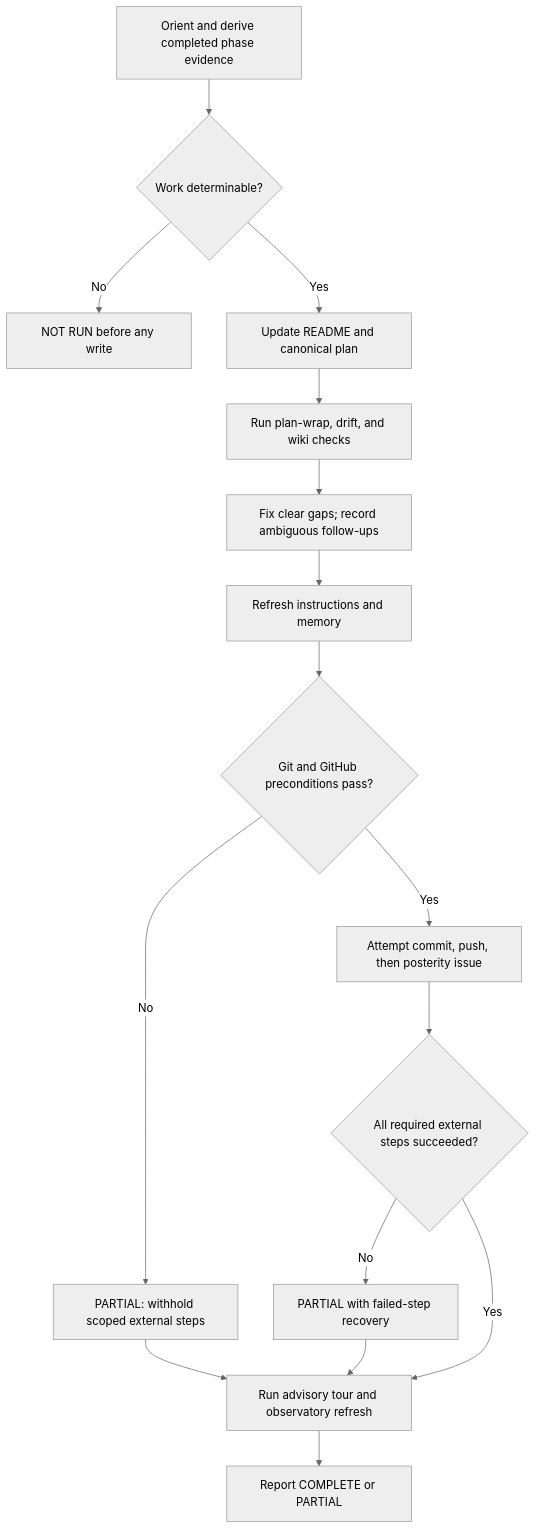
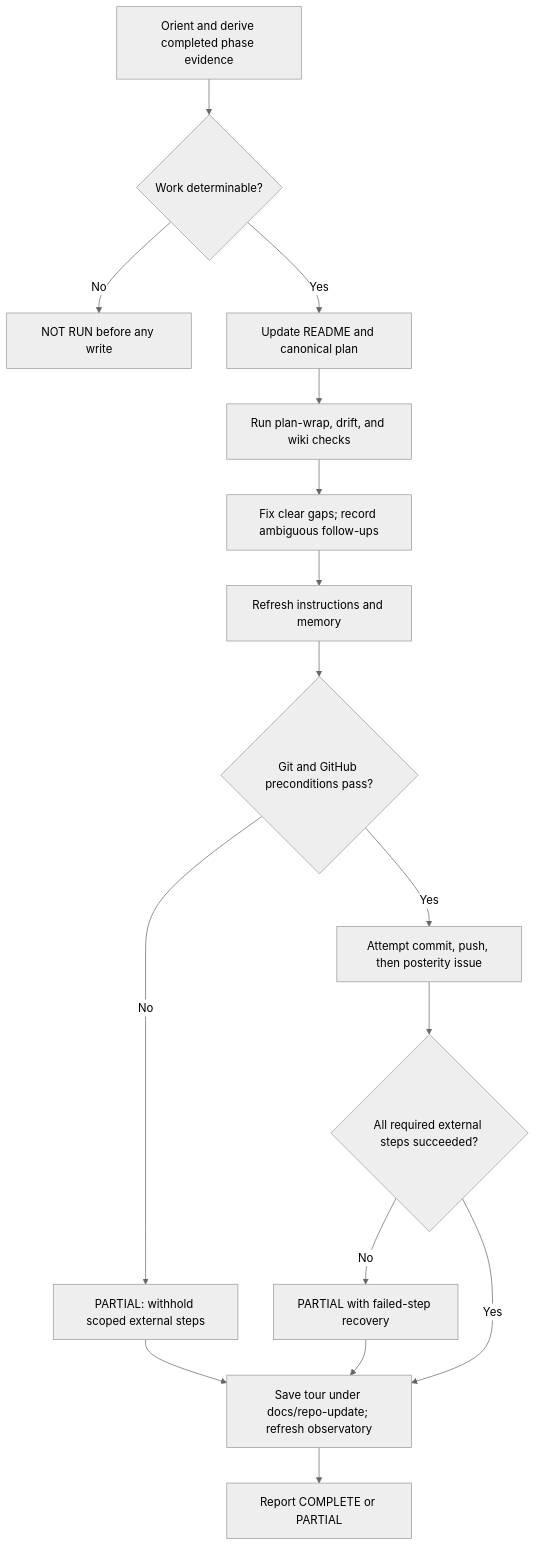
Before and after one commit to aberson/skill-mesh: the diagram in docs/workflows/repo-update.mmd, drawn with Mermaid (neutral theme). The commit also changed 33 other files, not shown here.

```diff
--- a/docs/workflows/repo-update.mmd
+++ b/docs/workflows/repo-update.mmd
@@ -1,22 +1,22 @@
 %% repo-update
 %% Summary: Refresh phase documentation, repair grounded gaps where clear, continue past advisory ambiguity, and conditionally commit, push, and record posterity.
 %% Sources: skills/repo-update/core.md
 %% Not shown: documentation templates, instruction-file matrix, exact withhold reasons, partial recovery commands, tour construction, and observatory details
 %% Alt: A phase closeout proves the completed work, updates documentation, fixes clear drift while recording ambiguous follow-ups, then completes or withholds Git and GitHub steps.
 
 flowchart TD
     A[Orient and derive completed phase evidence] --> B{Work determinable?}
     B -- No --> N[NOT RUN before any write]
     B -- Yes --> C[Update README and canonical plan]
     C --> D[Run plan-wrap, drift, and wiki checks]
     D --> E[Fix clear gaps; record ambiguous follow-ups]
     E --> F[Refresh instructions and memory]
     F --> G{Git and GitHub preconditions pass?}
     G -- No --> P[PARTIAL: withhold scoped external steps]
     G -- Yes --> H[Attempt commit, push, then posterity issue]
     H --> J{All required external steps succeeded?}
     J -- No --> P2[PARTIAL with failed-step recovery]
-    J -- Yes --> I[Run advisory tour and observatory refresh]
+    J -- Yes --> I[Save tour under docs/repo-update; refresh observatory]
     P --> I
     P2 --> I
     I --> R[Report COMPLETE or PARTIAL]
```
